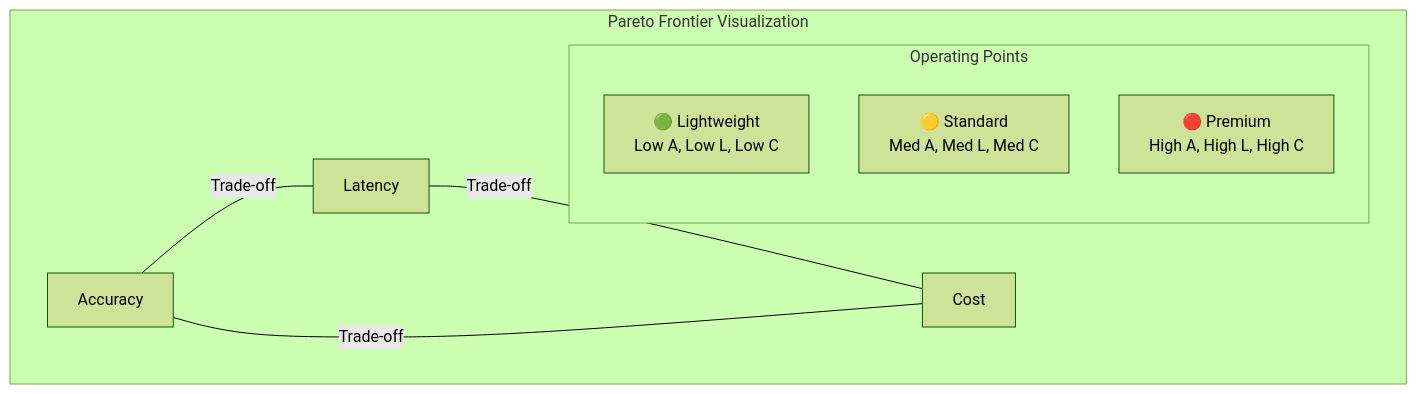
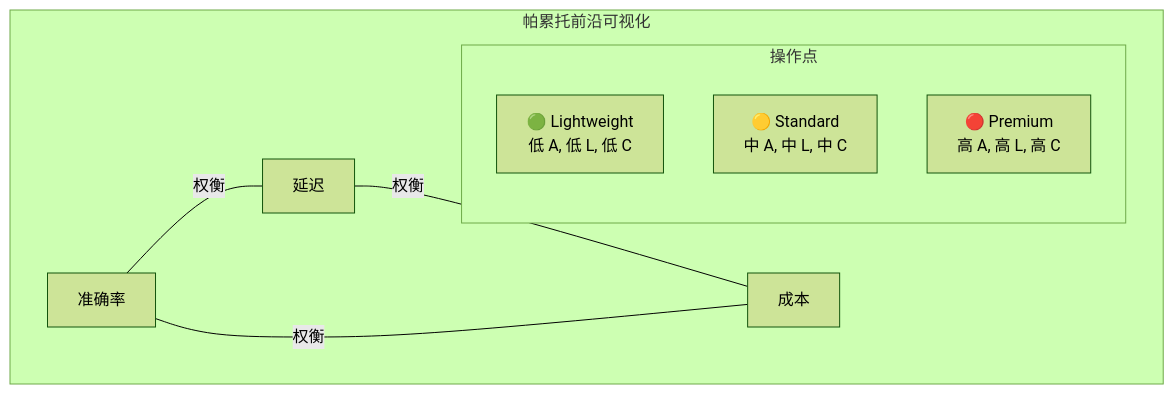
One commit to vllm-project/semantic-router changed the sixth of 14 diagrams in website/i18n/zh-Hans/docusaurus-plugin-content-docs/current/proposals/hallucination-mitigation-milestone.md. Above: the diagram before and after it, drawn with Mermaid (forest theme). The commit also changed other lines of this file and 7 other files, not shown here.

````diff
--- a/website/i18n/zh-Hans/docusaurus-plugin-content-docs/current/proposals/hallucination-mitigation-milestone.md
+++ b/website/i18n/zh-Hans/docusaurus-plugin-content-docs/current/proposals/hallucination-mitigation-milestone.md
@@ -569,16 +577,16 @@
 ```mermaid
 graph TD
-    subgraph "Pareto Frontier Visualization"
+    subgraph "帕累托前沿可视化"
         direction LR
 
-        A[Accuracy] ---|Trade-off| L[Latency]
-        L ---|Trade-off| C[Cost]
-        C ---|Trade-off| A
+        A[准确率] ---|权衡| L[延迟]
+        L ---|权衡| C[成本]
+        C ---|权衡| A
 
-        subgraph "Operating Points"
-            L1[🟢 Lightweight<br/>Low A, Low L, Low C]
-            S1[🟡 Standard<br/>Med A, Med L, Med C]
-            P1[🔴 Premium<br/>High A, High L, High C]
+        subgraph "操作点"
+            L1[🟢 Lightweight<br/>低 A, 低 L, 低 C]
+            S1[🟡 Standard<br/>中 A, 中 L, 中 C]
+            P1[🔴 Premium<br/>高 A, 高 L, 高 C]
         end
     end
 ```
````
